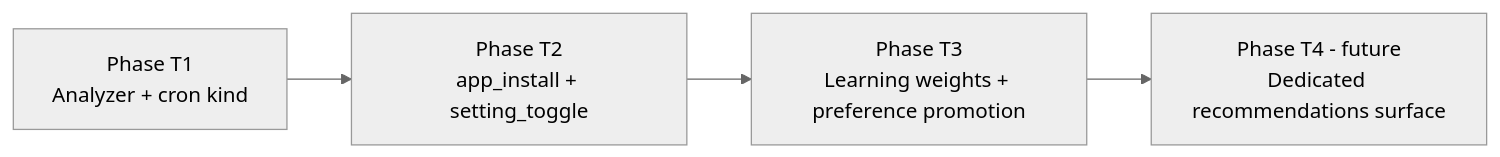
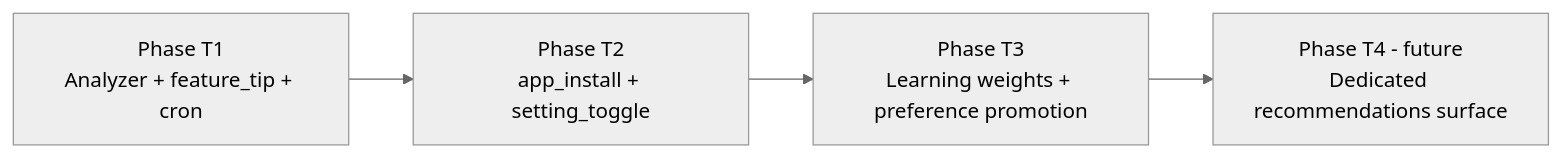
One commit to Arin016/KiroCrew changed the second of 2 diagrams in docs/request-for-change/rfc-tips-kit.md. Above: the diagram before and after it, drawn with Mermaid (neutral theme). The commit also changed other lines of this file, not shown here.

First line of the commit message:
docs: Add feature-tip (educational) recommendation kind to Tips Kit RFC (#731)

````diff
--- a/docs/request-for-change/rfc-tips-kit.md
+++ b/docs/request-for-change/rfc-tips-kit.md
@@ -170,6 +176,6 @@
 ```mermaid
 flowchart LR
-    t1[Phase T1<br/>Analyzer + cron kind] --> t2[Phase T2<br/>app_install + setting_toggle]
+    t1[Phase T1<br/>Analyzer + feature_tip + cron] --> t2[Phase T2<br/>app_install + setting_toggle]
     t2 --> t3[Phase T3<br/>Learning weights + preference promotion]
     t3 --> t4[Phase T4 - future<br/>Dedicated recommendations surface]
 ```
````
